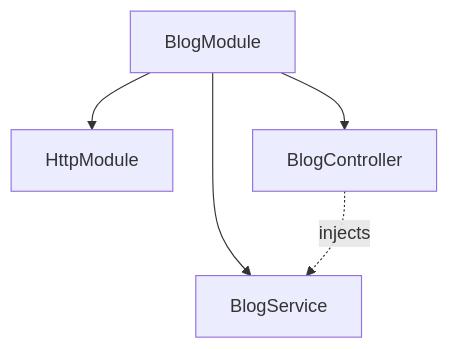
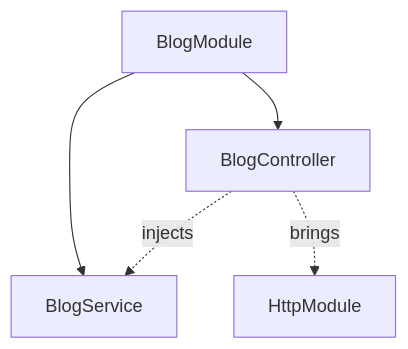
Before and after one commit to YV17labs/NestRS: the first of 4 diagrams in docs/src/content/docs/fundamentals/modules.mdx, drawn with Mermaid. The commit also changed other lines of this file and 124 other files, not shown here.

````diff
--- a/docs/src/content/docs/fundamentals/modules.mdx
+++ b/docs/src/content/docs/fundamentals/modules.mdx
@@ -51,7 +47,7 @@
 ```mermaid
 flowchart TB
-  BM[BlogModule] --> HM[HttpModule]
-  BM --> BS[BlogService]
+  BM[BlogModule] --> BS[BlogService]
   BM --> BC[BlogController]
   BC -. "injects" .-> BS
+  BC -. "brings" .-> HM[HttpModule]
 ```
````
